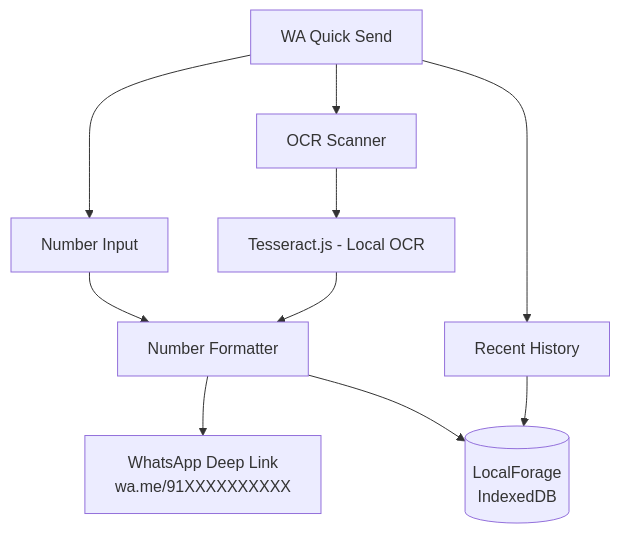
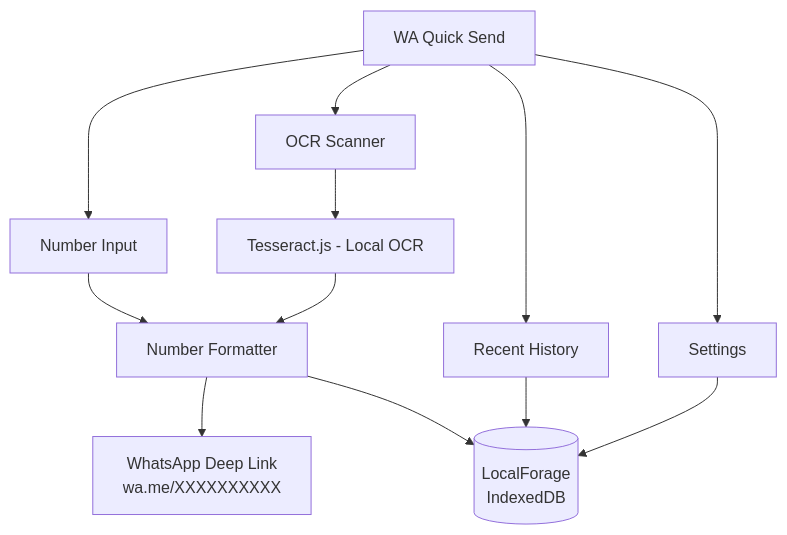
One commit to sumitrawat2417/whatsapp-quick-send changed the diagram in README.md. Above: the diagram before and after it, drawn with Mermaid. The commit also changed other lines of this file and 1 other file, not shown here.

Commit message:
docs: update features, roadmap, and architecture to reflect latest completions

````diff
--- a/README.md
+++ b/README.md
@@ -58,15 +56,17 @@
 ```mermaid
 graph TD
     App[WA Quick Send] --> Input[Number Input]
     App --> Scanner[OCR Scanner]
     App --> History[Recent History]
+    App --> Settings[Settings]
 
     Input --> Formatter[Number Formatter]
     Scanner --> Tesseract[Tesseract.js - Local OCR]
 
-    Formatter --> DeepLink["WhatsApp Deep Link\nwa.me/91XXXXXXXXXX"]
+    Formatter --> DeepLink["WhatsApp Deep Link\nwa.me/XXXXXXXXXX"]
     Tesseract --> Formatter
 
     History --> LocalForage[(LocalForage\nIndexedDB)]
     Formatter --> LocalForage
+    Settings --> LocalForage
 ```
````
